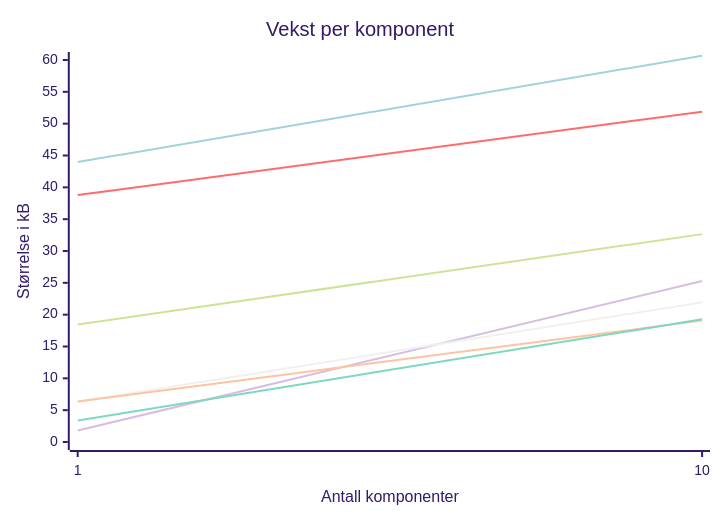
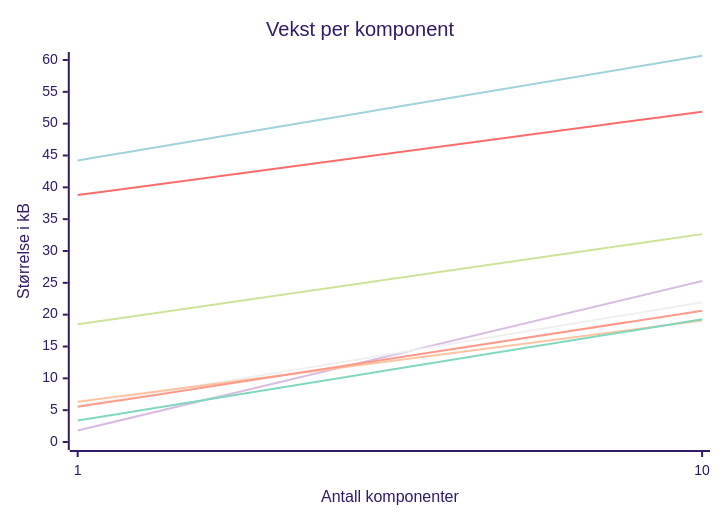
Before and after one commit to gautemo/talks: the first of 2 diagrams in slides/Choosing the correct frontendframework in 2024/slides.md, drawn with Mermaid (forest theme). The commit also changed other lines of this file and 4 other files, not shown here.

````diff
--- a/slides/Choosing the correct frontendframework in 2024/slides.md
+++ b/slides/Choosing the correct frontendframework in 2024/slides.md
@@ -581,14 +591,15 @@
 ```mermaid
 xychart-beta
     title "Vekst per komponent"
     x-axis "Antall komponenter" [1, 10]
     y-axis "Størrelse i kB" 0 --> 60
-    line "Vue" [18.45,32.65]
+    line "Vue" [18.49,32.65]
     line "React" [38.79,51.89]
-    line "Angular" [43.97,60.67]
+    line "Angular" [44.23,60.67]
     line "Svelte 4" [1.8,25.3]
-    line "Svelte 5" [6.34,21.94]
-    line "Preact" [6.37,19.07]
+    line "Svelte 5" [5.7,21.94]
+    line "Preact" [6.31,19.07]
     line "Solid" [3.37,19.27]
+    line "Lit" [5.52,20.62]
     
 ```
````
